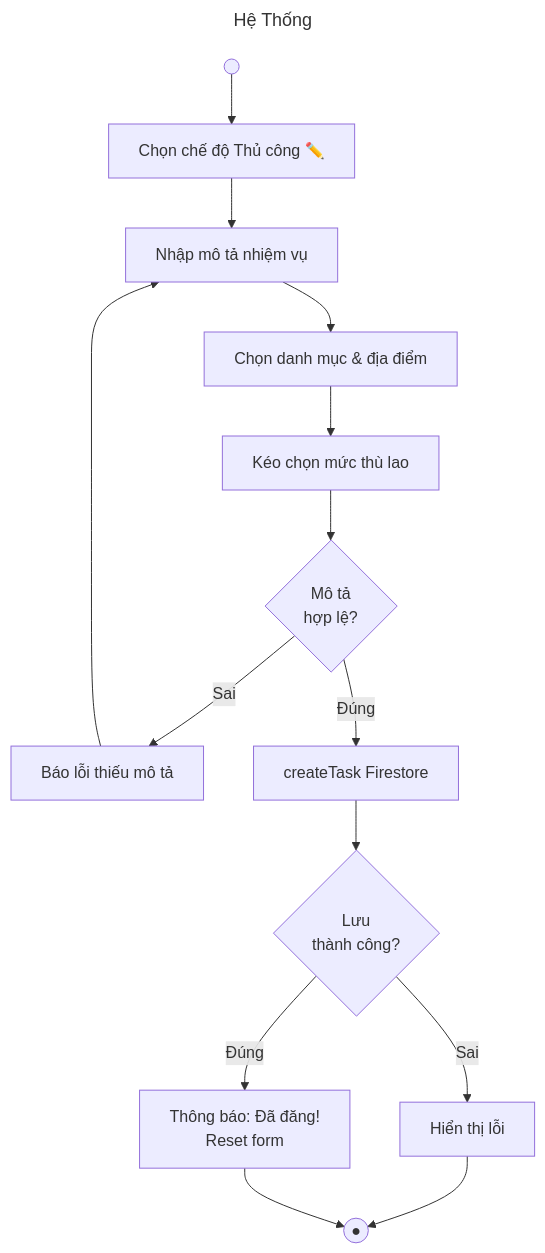
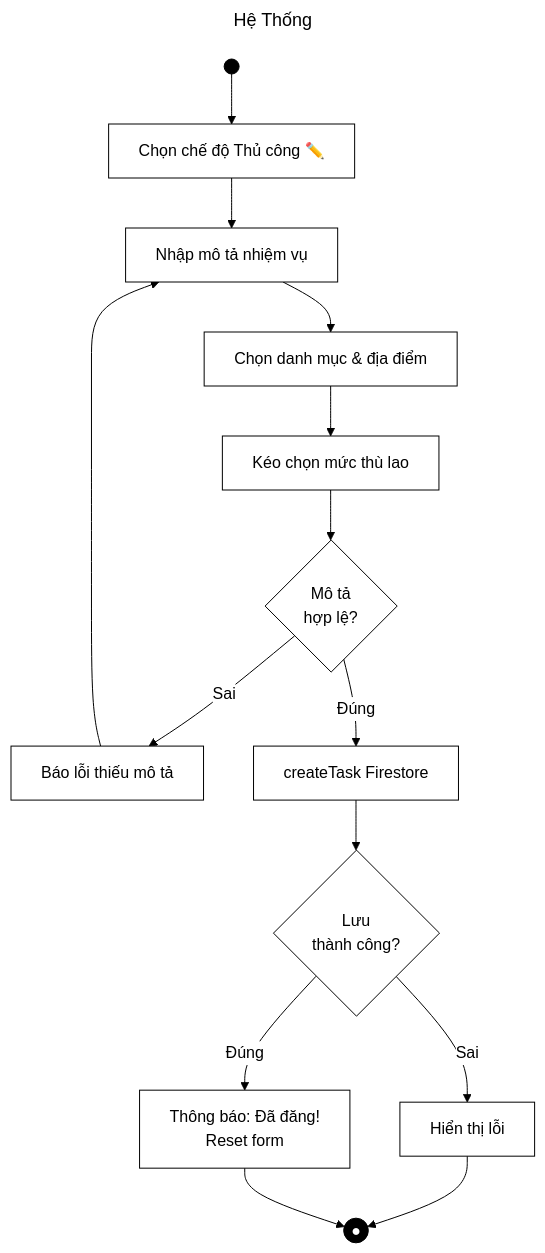
Diagram 14 of 22 in Activity_Diagrams.md (Babiboyy55/TaskHeroPKA), drawn with Mermaid before and after one commit. The commit also changed other lines of this file, not shown here.

````diff
--- a/Activity_Diagrams.md
+++ b/Activity_Diagrams.md
@@ -250,18 +289,21 @@
 ```mermaid
 ---
 title: Hệ Thống
 ---
+%%{init: {'theme':'base', 'themeVariables': {'primaryColor':'#ffffff', 'primaryBorderColor':'#000000', 'primaryTextColor':'#000000', 'lineColor':'#000000', 'edgeLabelBackground':'#ffffff', 'tertiaryColor':'#ffffff'}}}%%
 flowchart TD
-    S(( )) --> A[Chọn chế độ Thủ công ✏️]
+    classDef default fill:#ffffff,stroke:#000000,stroke-width:1px,color:#000000;
+    classDef blackNode fill:#000000,stroke:#000000,stroke-width:1px,color:#ffffff;
+    S(( )):::blackNode --> A[Chọn chế độ Thủ công ✏️]
     A --> B[Nhập mô tả nhiệm vụ]
     B --> C[Chọn danh mục & địa điểm]
     C --> D[Kéo chọn mức thù lao]
     D --> D1{Mô tả\nhợp lệ?}
     D1 -- Sai --> X[Báo lỗi thiếu mô tả]
     X --> B
     D1 -- Đúng --> E[createTask Firestore]
     E --> D2{Lưu\nthành công?}
     D2 -- Sai --> Y[Hiển thị lỗi]
     D2 -- Đúng --> F[Thông báo: Đã đăng!\nReset form]
-    Y & F --> Z((●))
+    Y & F --> Z((●)):::blackNode
 ```
````
